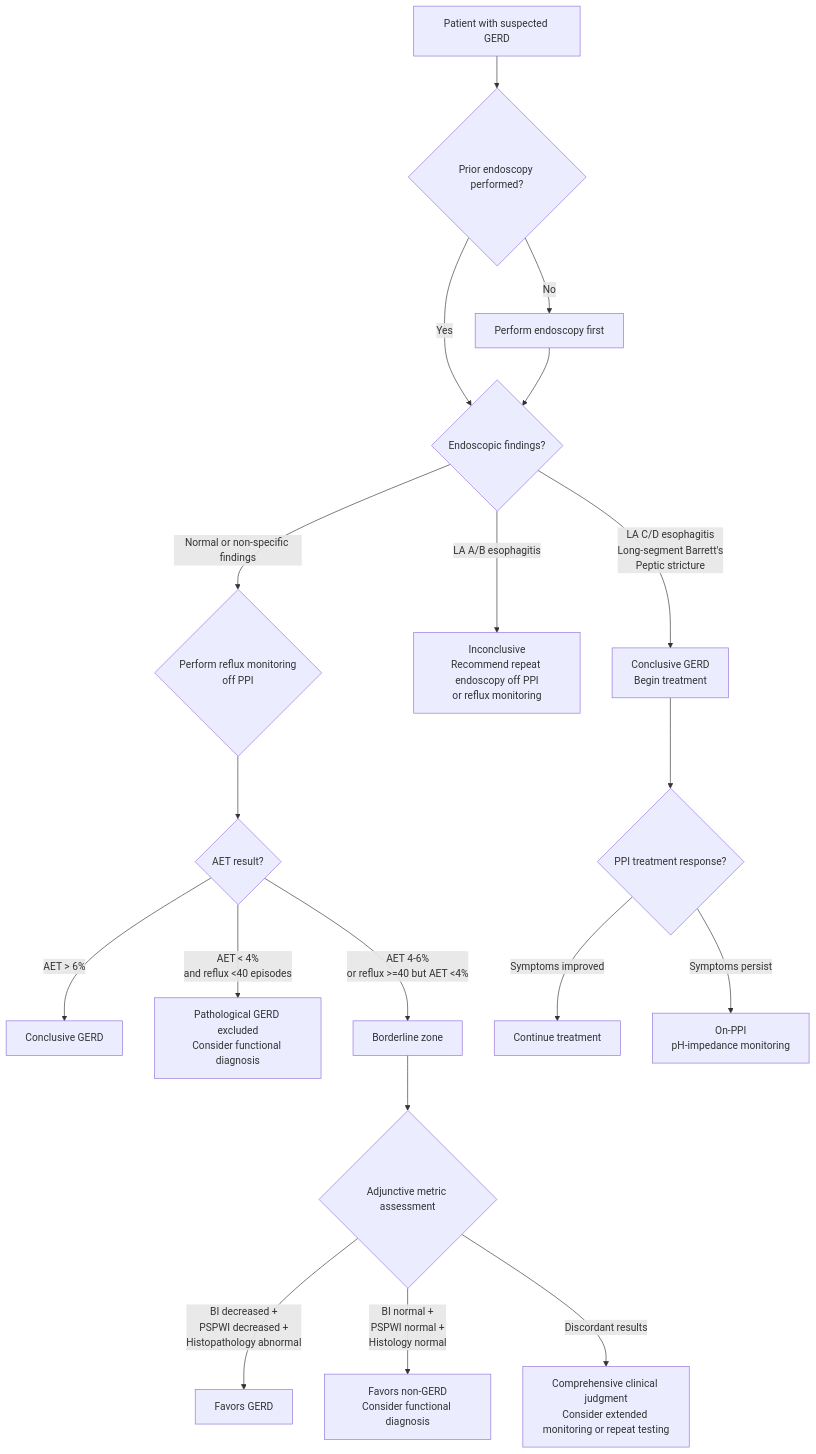
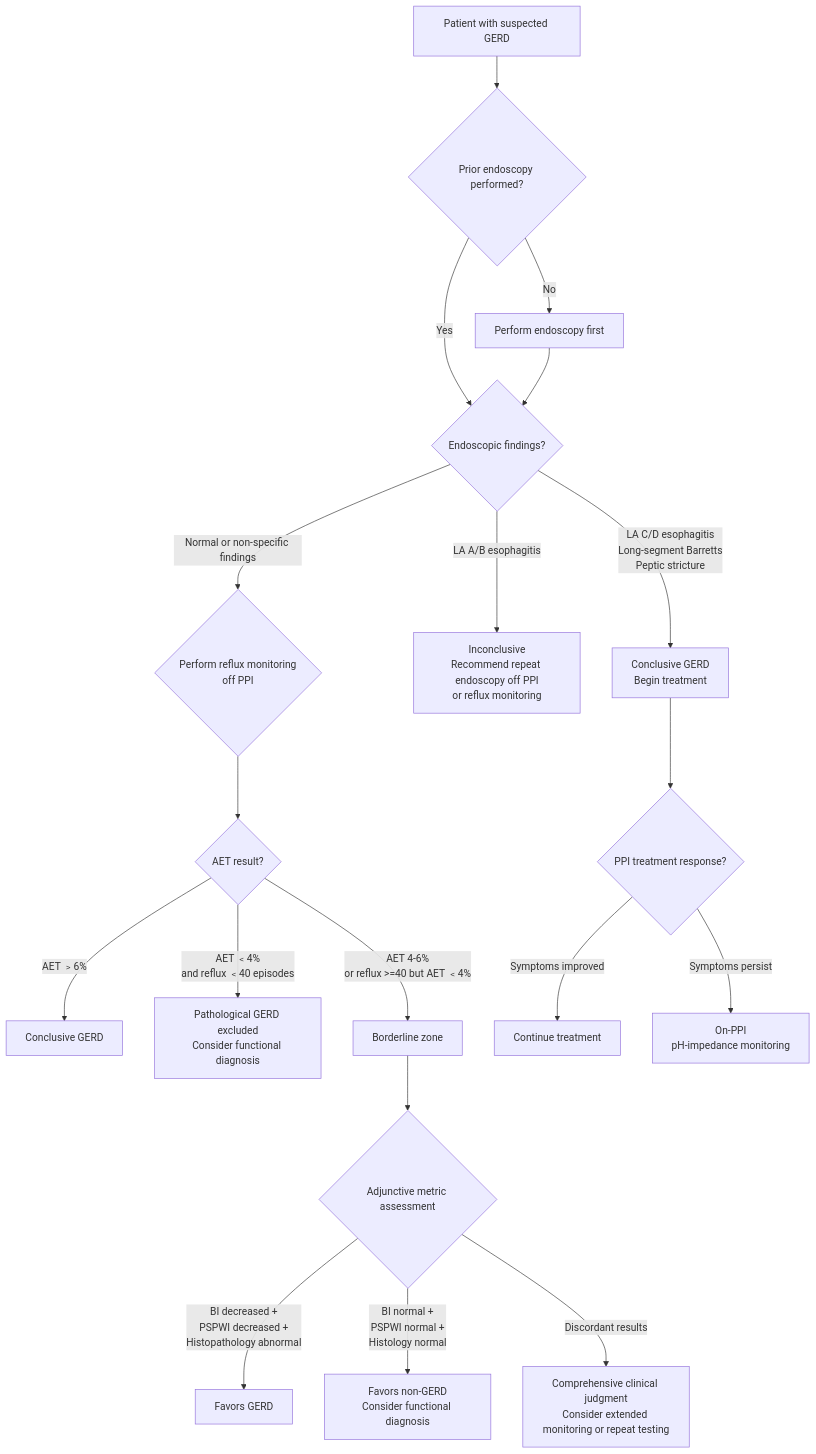
The diagram in 食道功能檢查/進階版/EN/03_Lyon_Consensus_2.0_and_GERD.md (dontchangela-bit/esophageal-education), drawn with Mermaid before and after one commit. The commit also changed 59 other files, not shown here.

First line of the commit message:
Fix Mermaid v11.13 syntax errors across all esophageal files

````diff
--- a/食道功能檢查/進階版/EN/03_Lyon_Consensus_2.0_and_GERD.md
+++ b/食道功能檢查/進階版/EN/03_Lyon_Consensus_2.0_and_GERD.md
@@ -155,27 +155,27 @@
 ```mermaid
 flowchart TD
     A[Patient with suspected GERD] --> B{Prior endoscopy performed?}
 
     B -->|Yes| C{Endoscopic findings?}
     B -->|No| B1[Perform endoscopy first]
     B1 --> C
 
-    C -->|LA C/D esophagitis<br>Long-segment Barrett's<br>Peptic stricture| D[Conclusive GERD<br>Begin treatment]
-    C -->|LA A/B esophagitis| E[Inconclusive<br>Recommend repeat endoscopy off PPI<br>or reflux monitoring]
-    C -->|Normal or non-specific findings| F{Perform reflux monitoring<br>off PPI}
+    C -->|LA C/D esophagitis<br/>Long-segment Barretts<br/>Peptic stricture| D[Conclusive GERD<br/>Begin treatment]
+    C -->|LA A/B esophagitis| E[Inconclusive<br/>Recommend repeat endoscopy off PPI<br/>or reflux monitoring]
+    C -->|Normal or non-specific findings| F{Perform reflux monitoring<br/>off PPI}
 
     F --> G{AET result?}
 
-    G -->|AET > 6%| H[Conclusive GERD]
-    G -->|AET < 4%<br>and reflux <40 episodes| I[Pathological GERD excluded<br>Consider functional diagnosis]
-    G -->|AET 4-6%<br>or reflux >=40 but AET <4%| J[Borderline zone]
+    G -->|AET ﹥6%| H[Conclusive GERD]
+    G -->|AET ﹤4%<br/>and reflux ﹤40 episodes| I[Pathological GERD excluded<br/>Consider functional diagnosis]
+    G -->|AET 4-6%<br/>or reflux >=40 but AET ﹤4%| J[Borderline zone]
 
     J --> K{Adjunctive metric assessment}
-    K -->|BI decreased +<br>PSPWI decreased +<br>Histopathology abnormal| L[Favors GERD]
-    K -->|BI normal +<br>PSPWI normal +<br>Histology normal| M[Favors non-GERD<br>Consider functional diagnosis]
-    K -->|Discordant results| N[Comprehensive clinical judgment<br>Consider extended monitoring or repeat testing]
+    K -->|BI decreased +<br/>PSPWI decreased +<br/>Histopathology abnormal| L[Favors GERD]
+    K -->|BI normal +<br/>PSPWI normal +<br/>Histology normal| M[Favors non-GERD<br/>Consider functional diagnosis]
+    K -->|Discordant results| N[Comprehensive clinical judgment<br/>Consider extended monitoring or repeat testing]
 
     D --> O{PPI treatment response?}
     O -->|Symptoms improved| P[Continue treatment]
-    O -->|Symptoms persist| Q[On-PPI<br>pH-impedance monitoring]
+    O -->|Symptoms persist| Q[On-PPI<br/>pH-impedance monitoring]
 ```
````
